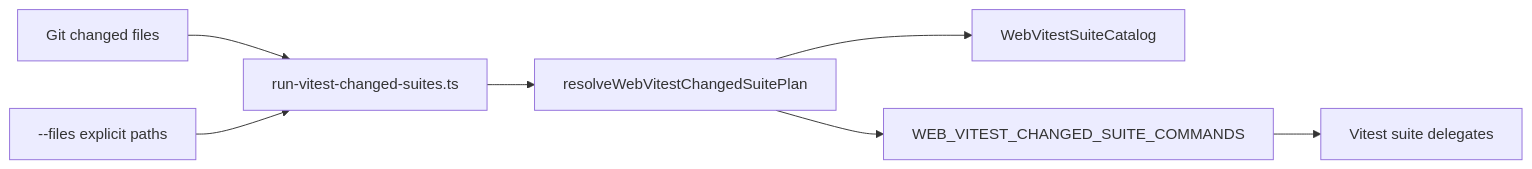
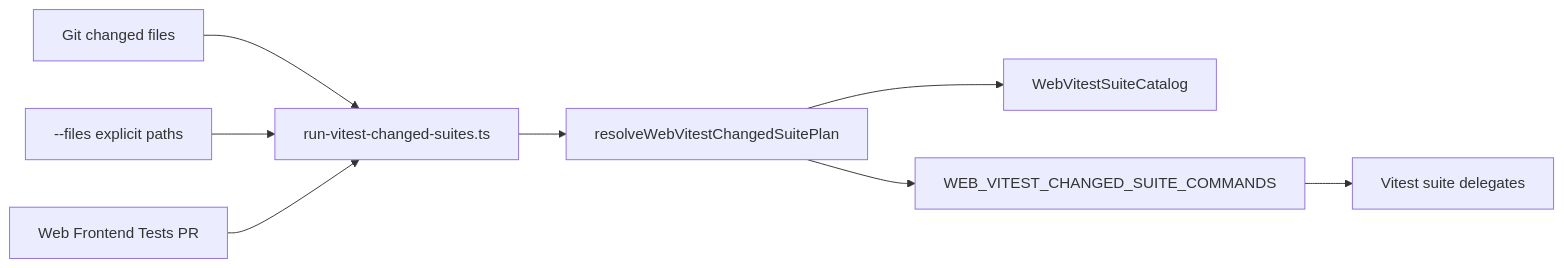
One commit to dunay2/dvt changed the second of 2 diagrams in docs/architecture/components/web/web-vitest-changed-suite-router-component.md. Above: the diagram before and after it, drawn with Mermaid. The commit also changed other lines of this file and 9 other files, not shown here.

Commit message:
ci(web): Route web PR tests through changed suites

````diff
--- a/docs/architecture/components/web/web-vitest-changed-suite-router-component.md
+++ b/docs/architecture/components/web/web-vitest-changed-suite-router-component.md
@@ -83,9 +89,10 @@
 ```mermaid
 flowchart LR
   Git["Git changed files"] --> Adapter["run-vitest-changed-suites.ts"]
   Args["--files explicit paths"] --> Adapter
   Adapter --> Router["resolveWebVitestChangedSuitePlan"]
   Router --> Catalog["WebVitestSuiteCatalog"]
   Router --> Commands["WEB_VITEST_CHANGED_SUITE_COMMANDS"]
   Commands --> Vitest["Vitest suite delegates"]
+  Workflow["Web Frontend Tests PR"] --> Adapter
 ```
````
